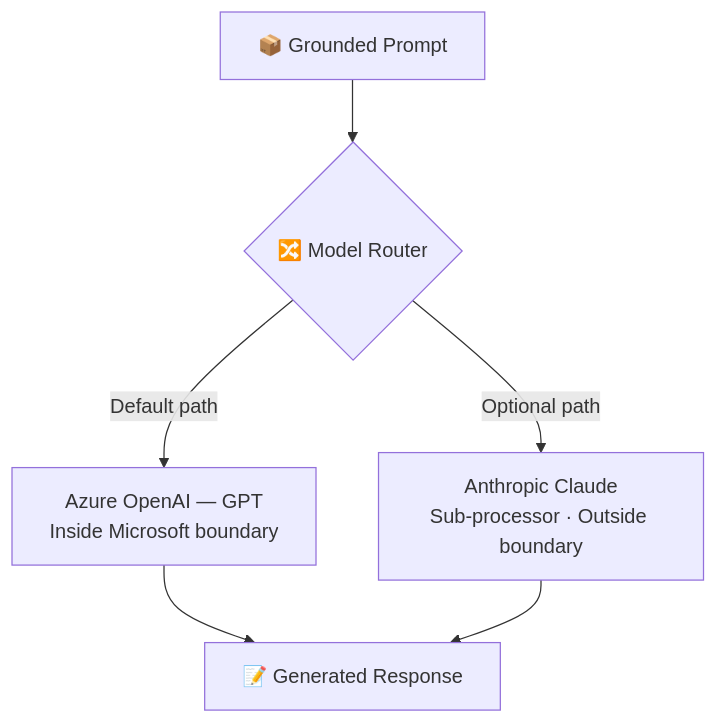
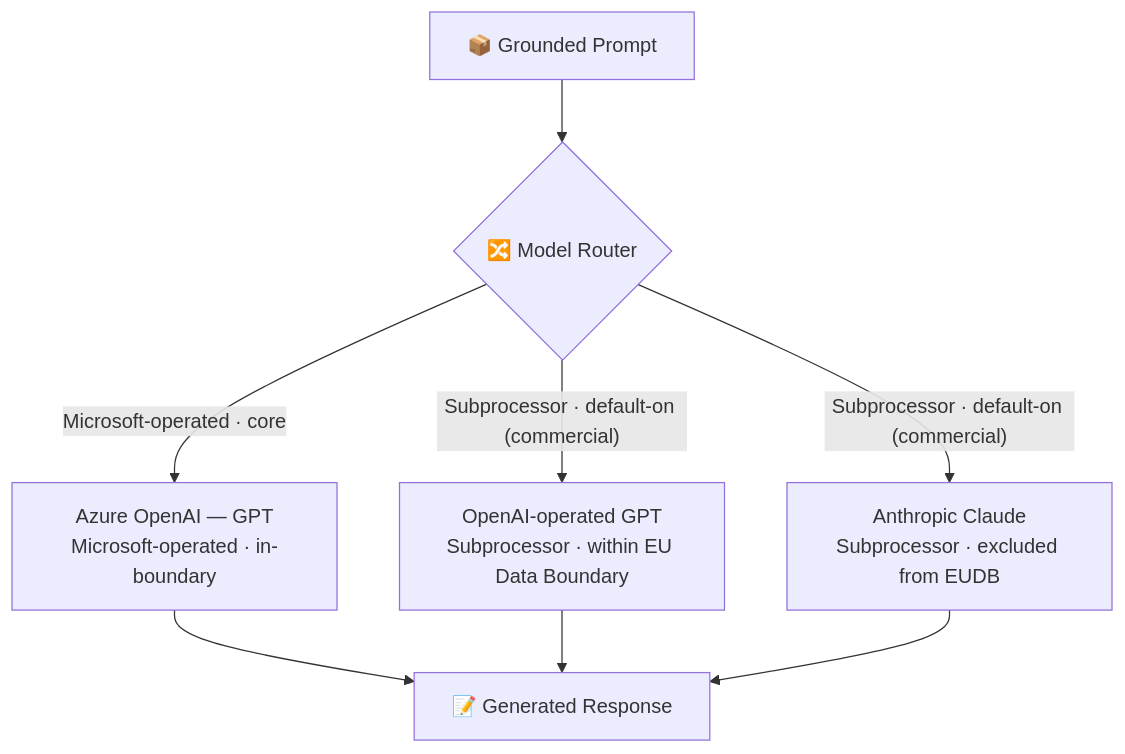
Before and after one commit to susanthgit/aguidetocloud-revamp: the fifth of 8 diagrams in content/blog/how-microsoft-365-copilot-works-layer-by-layer.md, drawn with Mermaid. The commit also changed other lines of this file, not shown here.

Commit message:
Fix layer-by-layer pillar Layer 5: correct subprocessor model defaults (Anthropic + OpenAI-operated ON by default for commercial, not opt-in), add third OpenAI-operated GPT path within EUDB, Copilot Chat rename, Semantic Index + web-default nuance, indicative price, date

````diff
--- a/content/blog/how-microsoft-365-copilot-works-layer-by-layer.md
+++ b/content/blog/how-microsoft-365-copilot-works-layer-by-layer.md
@@ -311,8 +311,10 @@
 ```mermaid
 flowchart TD
     A["📦 Grounded Prompt"] --> B{"🔀 Model Router"}
-    B -->|"Default path"| C["Azure OpenAI — GPT<br/>Inside Microsoft boundary"]
-    B -->|"Optional path"| D["Anthropic Claude<br/>Sub-processor · Outside boundary"]
+    B -->|"Microsoft-operated · core"| C["Azure OpenAI — GPT<br/>Microsoft-operated · in-boundary"]
+    B -->|"Subprocessor · default-on (commercial)"| D["OpenAI-operated GPT<br/>Subprocessor · within EU Data Boundary"]
+    B -->|"Subprocessor · default-on (commercial)"| F["Anthropic Claude<br/>Subprocessor · excluded from EUDB"]
     C --> E["📝 Generated Response"]
     D --> E
+    F --> E
 ```
````
